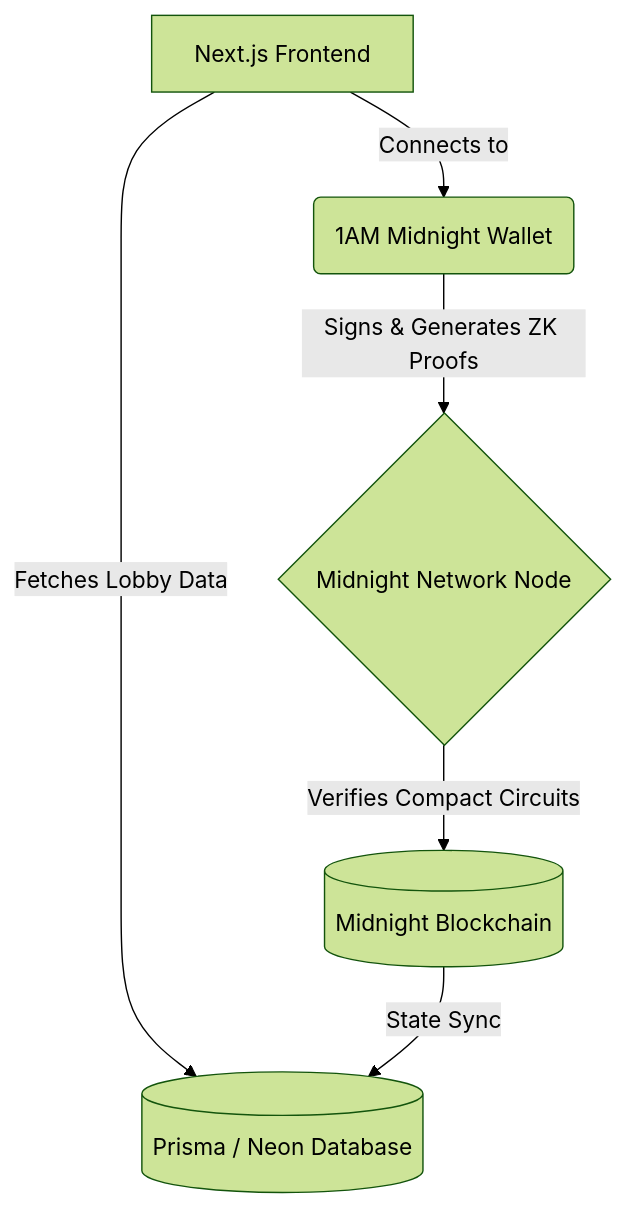
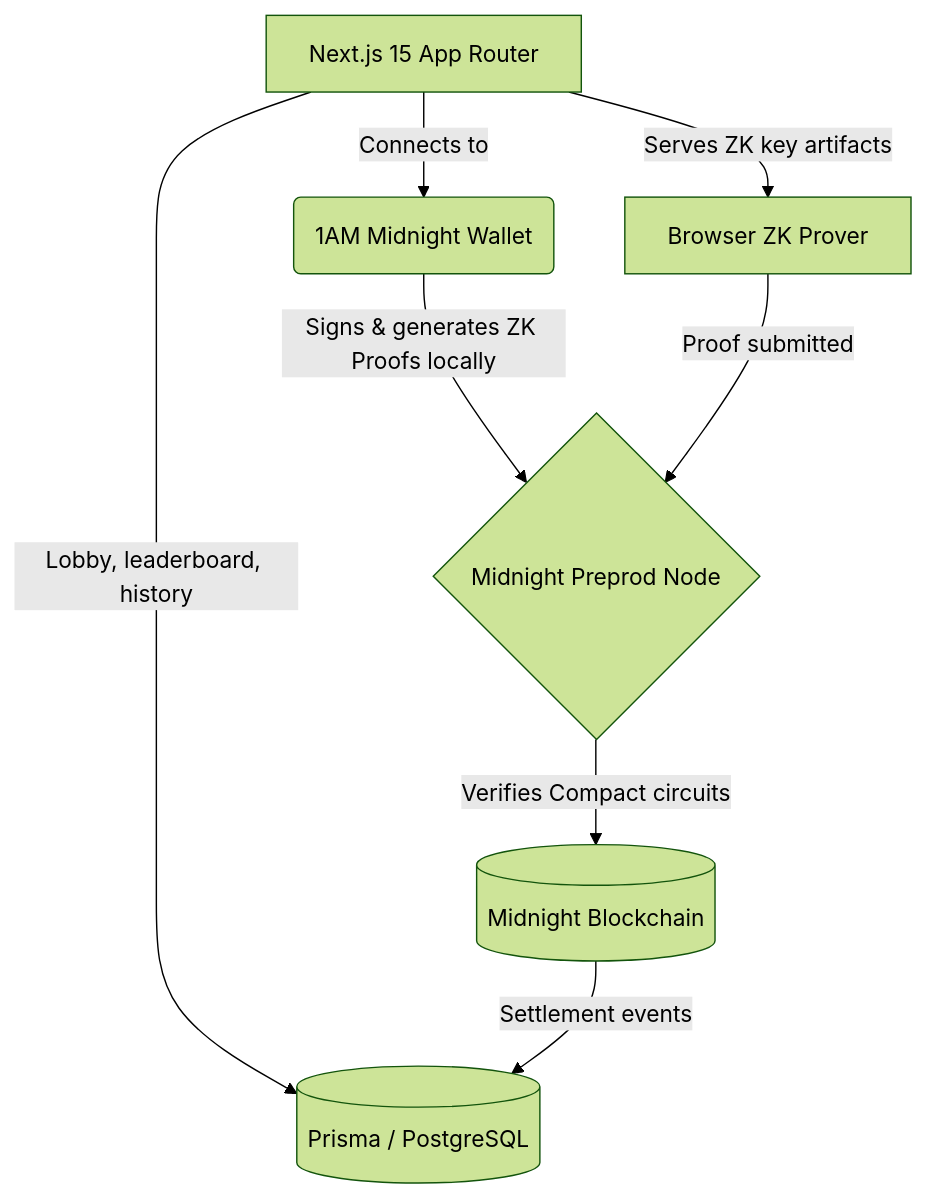
The first of 2 diagrams in README.md (aditya-jha033/ShadowArena), drawn with Mermaid (forest theme) before and after one commit. The commit also changed other lines of this file, not shown here.

````diff
--- a/README.md
+++ b/README.md
@@ -133,8 +135,10 @@
 ```mermaid
-graph TD;
-    A[Next.js Frontend] -->|Connects to| B(1AM Midnight Wallet);
-    B -->|Signs & Generates ZK Proofs| C{Midnight Network Node};
-    C -->|Verifies Compact Circuits| D[(Midnight Blockchain)];
-    A -->|Fetches Lobby Data| E[(Prisma / Neon Database)];
-    D -->|State Sync| E;
+graph TD
+    A[Next.js 15 App Router] -->|Connects to| B(1AM Midnight Wallet)
+    B -->|Signs & generates ZK Proofs locally| C{Midnight Preprod Node}
+    C -->|Verifies Compact circuits| D[(Midnight Blockchain)]
+    A -->|Lobby, leaderboard, history| E[(Prisma / PostgreSQL)]
+    D -->|Settlement events| E
+    A -->|Serves ZK key artifacts| F[Browser ZK Prover]
+    F -->|Proof submitted| C
 ```
````
